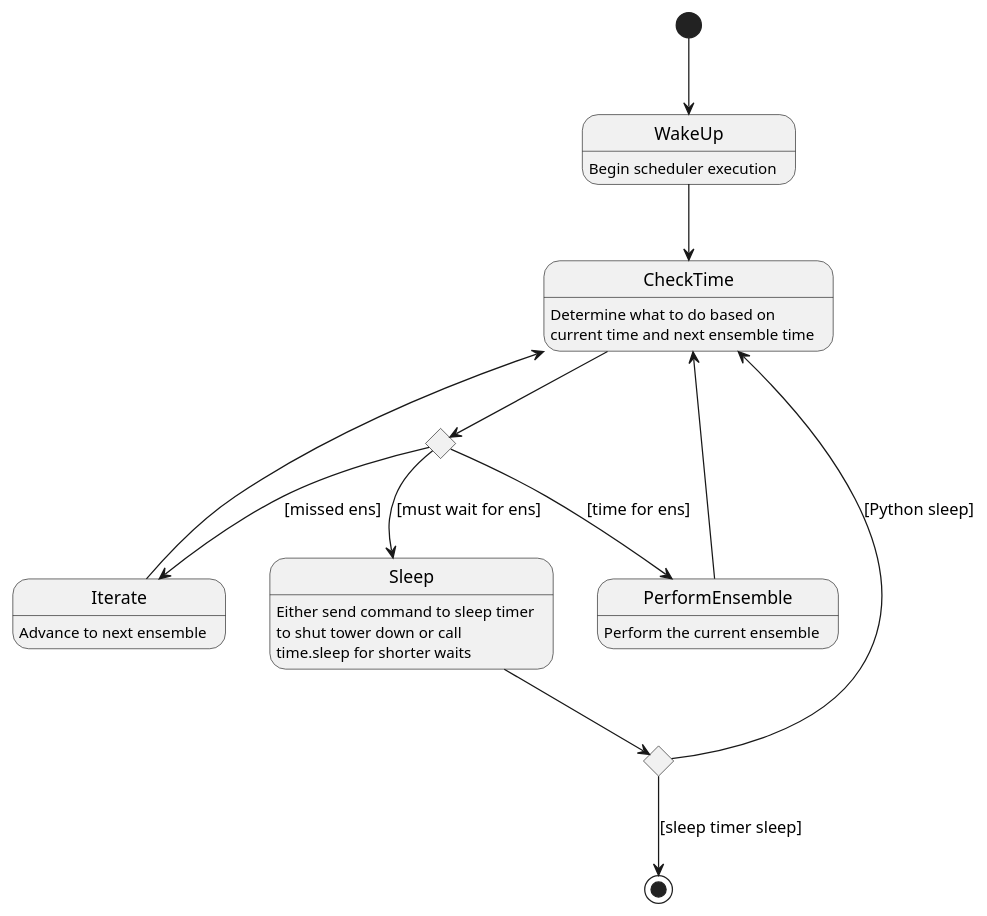
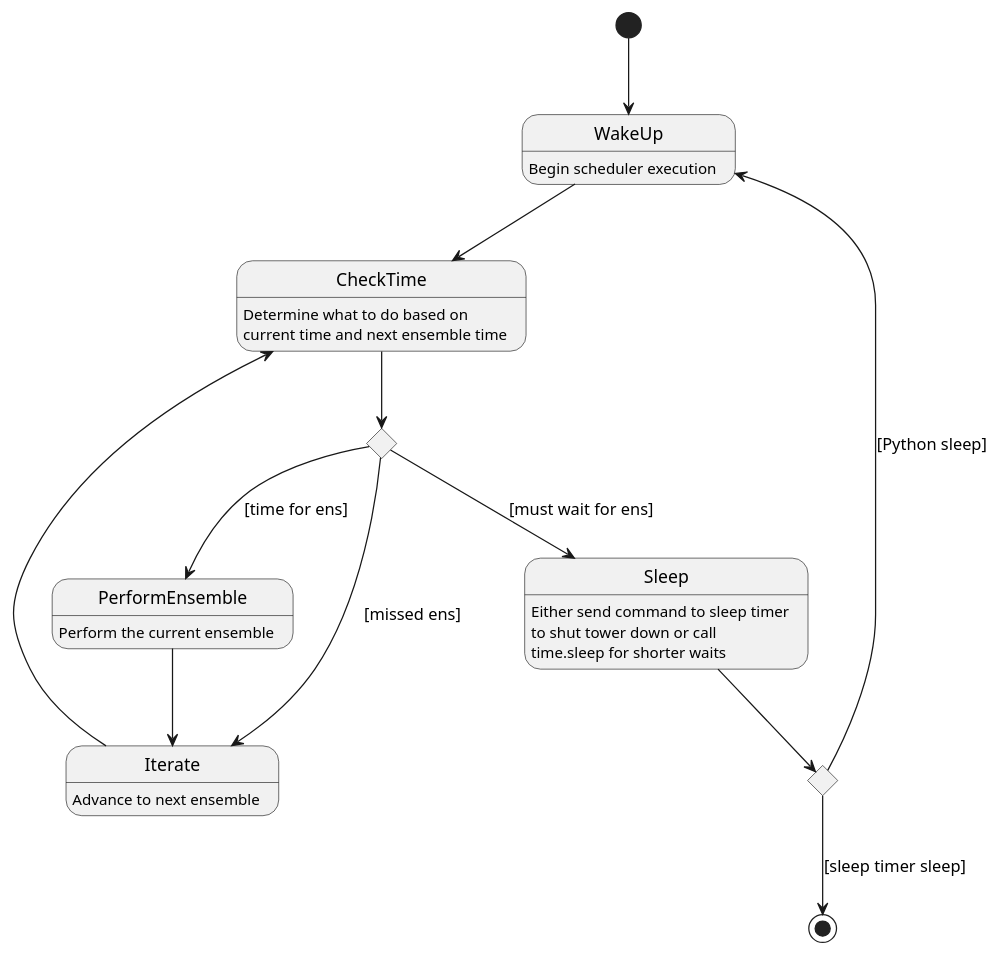
Before and after one commit to UCSD-E4E/rct_tower_scheduler: the diagram in state_machine.puml, drawn with PlantUML. The commit also changed 5 other files, not shown here.

```diff
--- a/state_machine.puml
+++ b/state_machine.puml
@@ -1,29 +1,29 @@
 @startuml
 hide empty description
 
 WakeUp: Begin scheduler execution
 CheckTime: Determine what to do based on
 CheckTime: current time and next ensemble time
 Iterate: Advance to next ensemble
 PerformEnsemble: Perform the current ensemble
 Sleep: Either send command to sleep timer
 Sleep: to shut tower down or call
 Sleep: time.sleep for shorter waits
 
 [*] --> WakeUp
 WakeUp--> CheckTime
 
 state c1 <<choice>>
 state c2 <<choice>>
 
 CheckTime--> c1
 c1--> Iterate : [missed ens]
 c1--> PerformEnsemble : [time for ens]
 c1--> Sleep : [must wait for ens]
 
 Iterate--> CheckTime
-PerformEnsemble--> CheckTime
+PerformEnsemble--> Iterate
 Sleep--> c2
-c2--> CheckTime : [Python sleep]
+c2--> WakeUp : [Python sleep]
 c2--> [*] : [sleep timer sleep]
 @enduml
```
